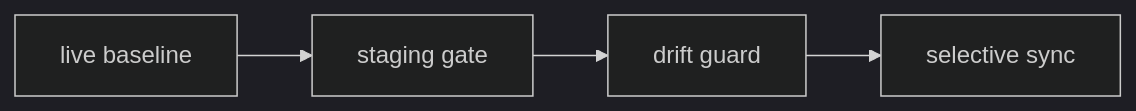
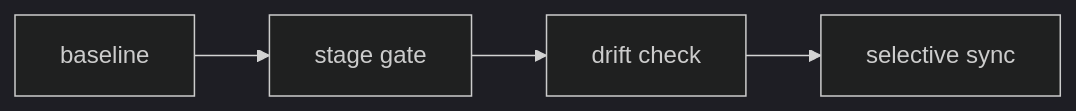
Before and after one commit to crististefanita/demo2: the fourth of 6 diagrams in docs/ATF_Build_And_Execution_Safety.md, drawn with Mermaid (dark theme). The commit also changed other lines of this file and 36 other files, not shown here.

````diff
--- a/docs/ATF_Build_And_Execution_Safety.md
+++ b/docs/ATF_Build_And_Execution_Safety.md
@@ -114,6 +114,6 @@
 ```mermaid
 flowchart LR
-    Manifest["live baseline"] --> Build["staging gate"]
-    Build --> Guard["drift guard"]
+    Manifest["baseline"] --> Build["stage gate"]
+    Build --> Guard["drift check"]
     Guard --> Promote["selective sync"]
 ```
````
